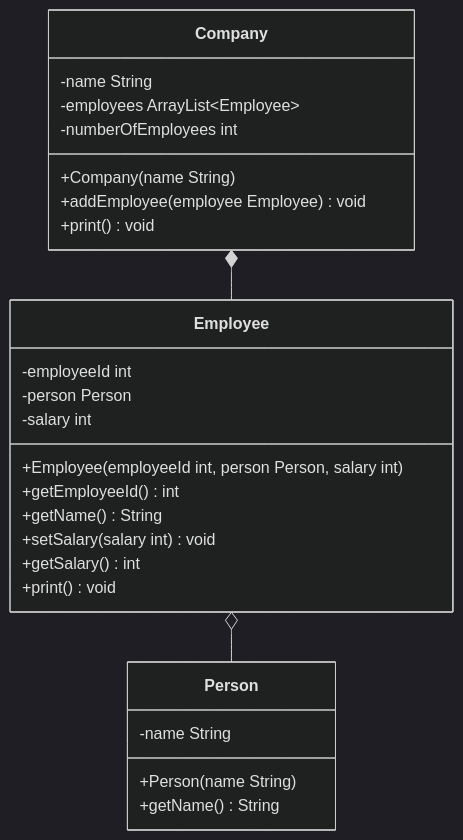
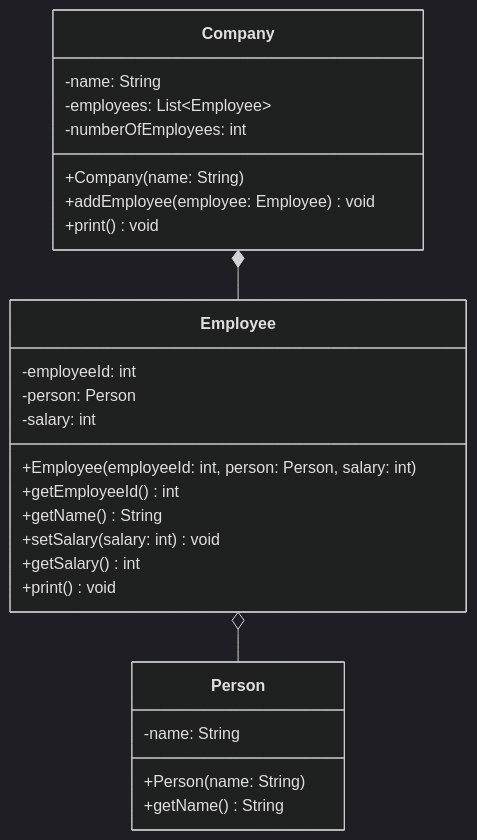
The diagram in docs/exercises/inner-classes/inner-classes02.mdx (jappuccini/java-docs), drawn with Mermaid (dark theme) before and after one commit. The commit also changed 76 other files, not shown here.

Commit message:
uml fixes (colons, properties), headline fixes (italic) and exam result updates

````diff
--- a/docs/exercises/inner-classes/inner-classes02.mdx
+++ b/docs/exercises/inner-classes/inner-classes02.mdx
@@ -18,32 +18,32 @@
 ```mermaid
 classDiagram
     Company *-- Employee
     Employee o-- Person
 
     class Company {
-        -name String
-        -employees ArrayList~Employee~
-        -numberOfEmployees int
-        +Company(name String)
-        +addEmployee(employee Employee) void
+        -name: String
+        -employees: List~Employee~
+        -numberOfEmployees: int
+        +Company(name: String)
+        +addEmployee(employee: Employee) void
         +print() void
     }
 
     class Person {
-        -name String
-        +Person(name String)
+        -name: String
+        +Person(name: String)
         +getName() String
     }
 
     class Employee {
-        -employeeId int
-        -person Person
-        -salary int
-        +Employee(employeeId int, person Person, salary int)
+        -employeeId: int
+        -person: Person
+        -salary: int
+        +Employee(employeeId: int, person: Person, salary: int)
         +getEmployeeId() int
         +getName() String
-        +setSalary(salary int) void
+        +setSalary(salary: int) void
         +getSalary() int
         +print() void
     }
 ```
````
